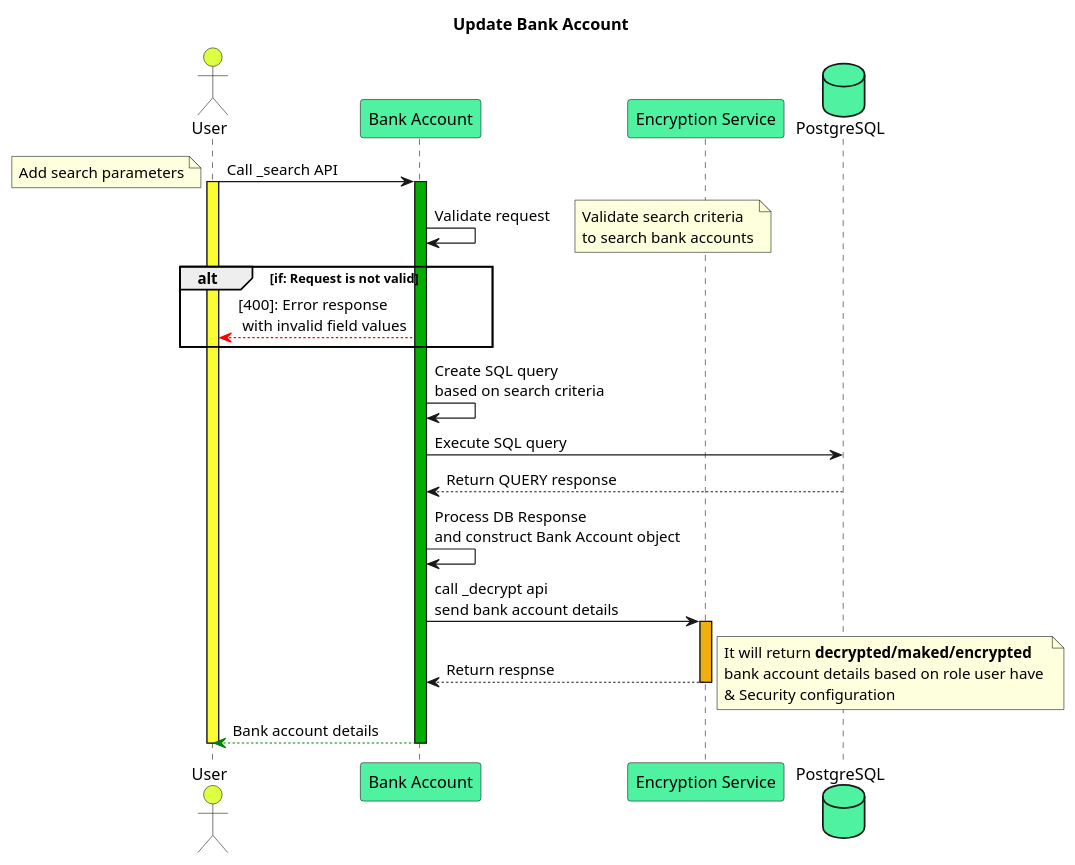
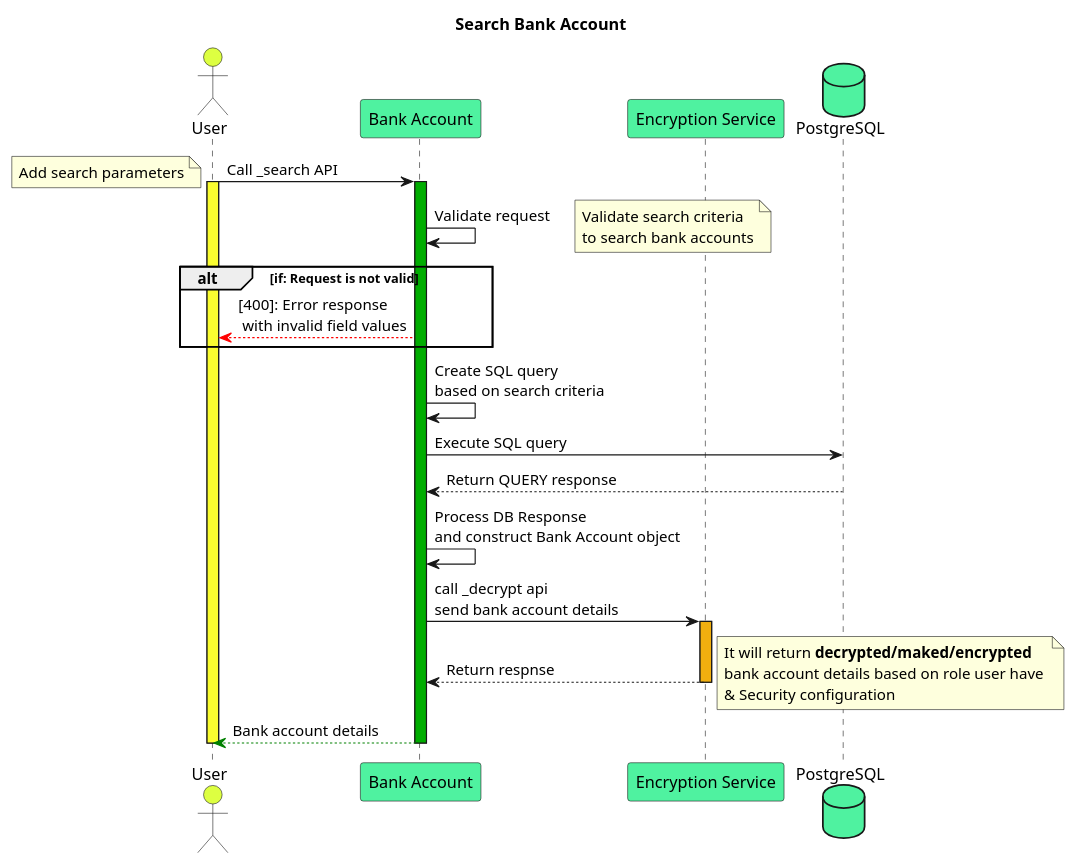
One commit to PSMRI/Universal_Benefits changed the diagram in backend/bankaccounts/docs/BankAccountSearch.puml. Above: the diagram before and after it, drawn with PlantUML. The commit also changed 23 other files, not shown here.

Commit message:
Updated UI flow

```diff
--- a/backend/bankaccounts/docs/BankAccountSearch.puml
+++ b/backend/bankaccounts/docs/BankAccountSearch.puml
@@ -1,32 +1,32 @@
 @startuml
-title Update Bank Account
+title Search Bank Account
 actor user as "User" order 0 #ddff41
 participant BANK_ACCOUNT as "Bank Account" order 1 #4Ff2A0
 participant ENC_CLIENT as "Encryption Service" order 2 #4Ff2A0
 database DB as "PostgreSQL" order 3 #4Ff2A0
 
 user -> BANK_ACCOUNT: Call _search API
 note left: Add search parameters
 activate user #Fafd30
 activate BANK_ACCOUNT #00ad00
 BANK_ACCOUNT -> BANK_ACCOUNT: Validate request
 note right: Validate search criteria \nto search bank accounts
 alt if: Request is not valid
     user <-[#ff0000]- BANK_ACCOUNT: [400]: Error response\n with invalid field values
 end
 
 BANK_ACCOUNT -> BANK_ACCOUNT: Create SQL query \nbased on search criteria
 BANK_ACCOUNT -> DB: Execute SQL query
 BANK_ACCOUNT <-- DB: Return QUERY response
 BANK_ACCOUNT -> BANK_ACCOUNT: Process DB Response \nand construct Bank Account object
 
 BANK_ACCOUNT -> ENC_CLIENT: call _decrypt api\nsend bank account details
 activate ENC_CLIENT #F1aF0F
 BANK_ACCOUNT <-- ENC_CLIENT: Return respnse
 note right: It will return <b>decrypted/maked/encrypted</b> \nbank account details based on role user have \n& Security configuration
 deactivate ENC_CLIENT
 user <-[#green]- BANK_ACCOUNT: Bank account details
 deactivate BANK_ACCOUNT
 deactivate user
 
 @enduml
```
